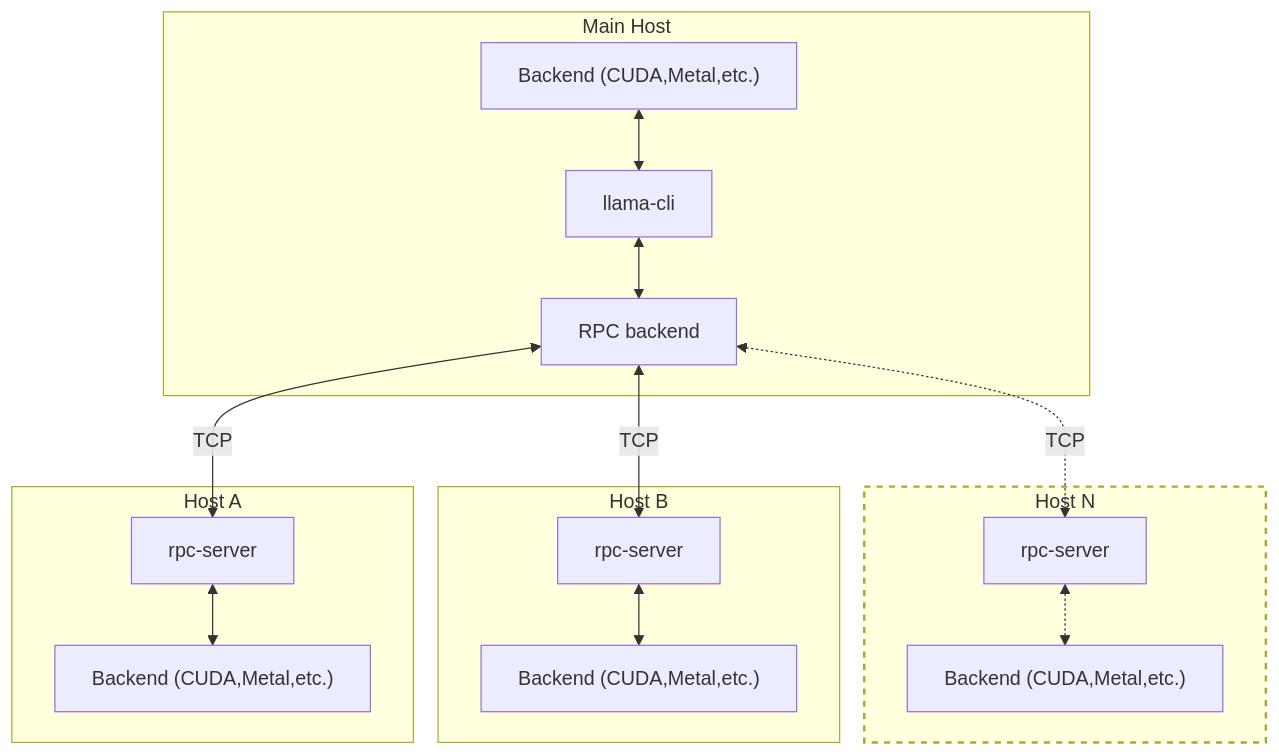
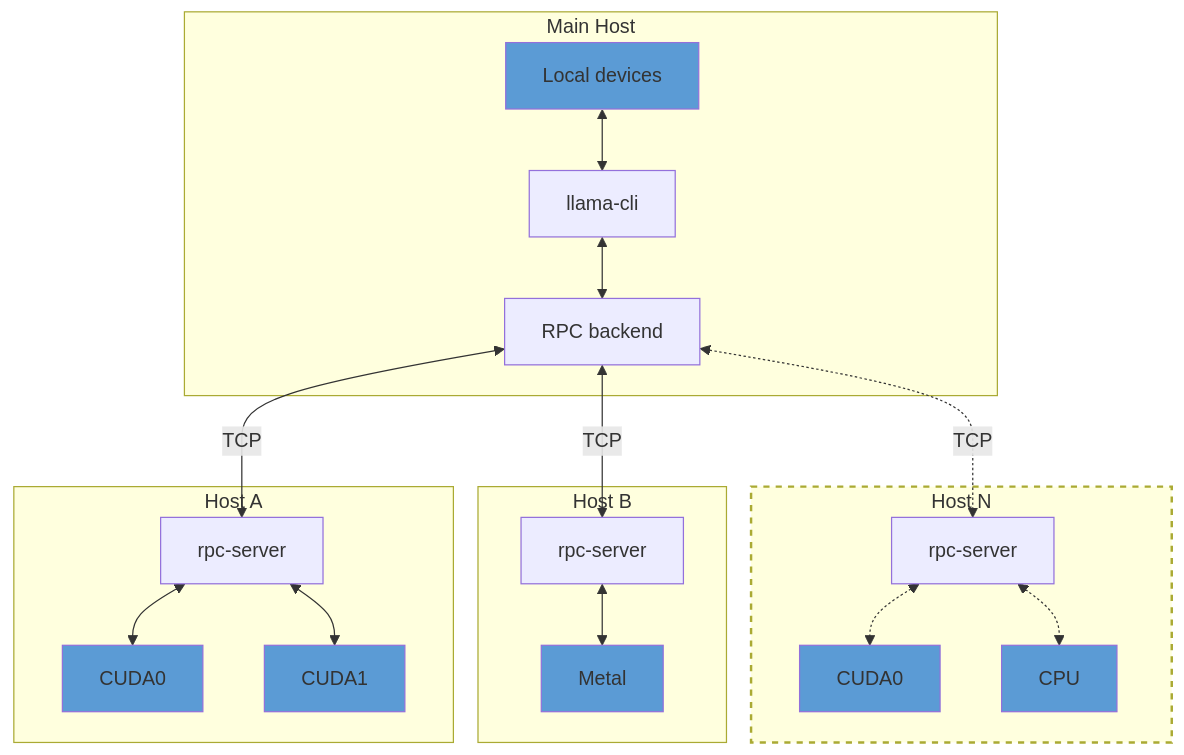
Before and after one commit to LL4nc33/llama-tq: the diagram in tools/rpc/README.md, drawn with Mermaid. The commit also changed other lines of this file, not shown here.

First line of the commit message:
rpc : update documentation (#16441)

````diff
--- a/tools/rpc/README.md
+++ b/tools/rpc/README.md
@@ -11,20 +11,24 @@
 ```mermaid
 flowchart TD
     rpcb<-->|TCP|srva
     rpcb<-->|TCP|srvb
     rpcb<-.->|TCP|srvn
     subgraph hostn[Host N]
-    srvn[rpc-server]<-.->backend3["Backend (CUDA,Metal,etc.)"]
+    srvn[rpc-server]<-.->dev4["CUDA0"]
+    srvn[rpc-server]<-.->dev5["CPU"]
     end
     subgraph hostb[Host B]
-    srvb[rpc-server]<-->backend2["Backend (CUDA,Metal,etc.)"]
+    srvb[rpc-server]<-->dev3["Metal"]
     end
     subgraph hosta[Host A]
-    srva[rpc-server]<-->backend["Backend (CUDA,Metal,etc.)"]
+    srva[rpc-server]<-->dev["CUDA0"]
+    srva[rpc-server]<-->dev2["CUDA1"]
     end
     subgraph host[Main Host]
-    local["Backend (CUDA,Metal,etc.)"]<-->ggml[llama-cli]
+    local["Local devices"]<-->ggml[llama-cli]
     ggml[llama-cli]<-->rpcb[RPC backend]
     end
     style hostn stroke:#66,stroke-width:2px,stroke-dasharray: 5 5
+    classDef devcls fill:#5B9BD5
+    class local,dev,dev2,dev3,dev4,dev5 devcls
 ```
````
